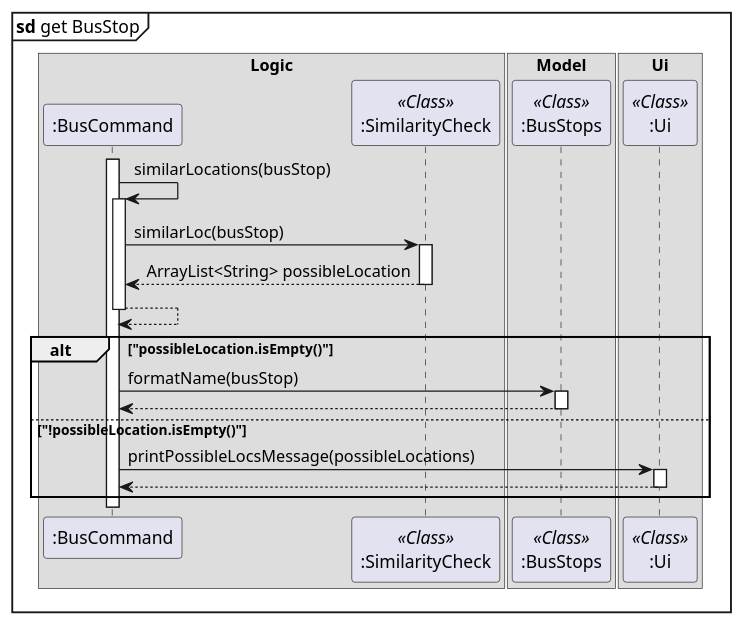
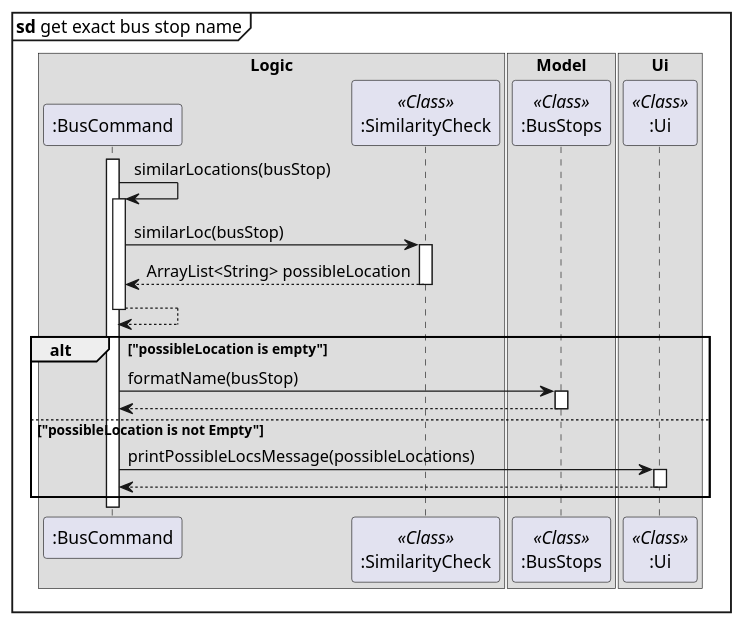
Before and after one commit to nus-cs2113-AY2021S1/tp: the diagram in docs/DG_Diagrams/BusCommand/getBustStop.puml, drawn with PlantUML. The commit also changed 1 other file, not shown here.

```diff
--- a/docs/DG_Diagrams/BusCommand/getBustStop.puml
+++ b/docs/DG_Diagrams/BusCommand/getBustStop.puml
@@ -1,43 +1,43 @@
 @startuml
-mainframe **sd** get BusStop
+mainframe **sd** get exact bus stop name
 
 box Logic
 participant ":BusCommand"
 participant ":SimilarityCheck" <<Class>>
 end box
 
 box Model
 participant ":BusStops" <<Class>>
 end box
 
 box Ui
 participant ":Ui" <<Class>>
 end box
 
 
 
 activate ":BusCommand"
 ":BusCommand"->":BusCommand": similarLocations(busStop)
 activate ":BusCommand"
 ":BusCommand"->":SimilarityCheck": similarLoc(busStop)
 activate ":SimilarityCheck"
 ":SimilarityCheck"-->":BusCommand": ArrayList<String> possibleLocation
 deactivate ":SimilarityCheck"
 ":BusCommand"-->":BusCommand"
 deactivate ":BusCommand"
 
-alt "possibleLocation.isEmpty()"
+alt "possibleLocation is empty"
 ":BusCommand"->":BusStops": formatName(busStop)
 activate ":BusStops"
 ":BusStops"-->":BusCommand"
 deactivate ":BusStops"
-else "!possibleLocation.isEmpty()"
+else "possibleLocation is not Empty"
 ":BusCommand"->":Ui": printPossibleLocsMessage(possibleLocations)
 activate ":Ui"
 ":Ui"-->":BusCommand"
 deactivate ":Ui"
 
 end
 
 
 @enduml
```
